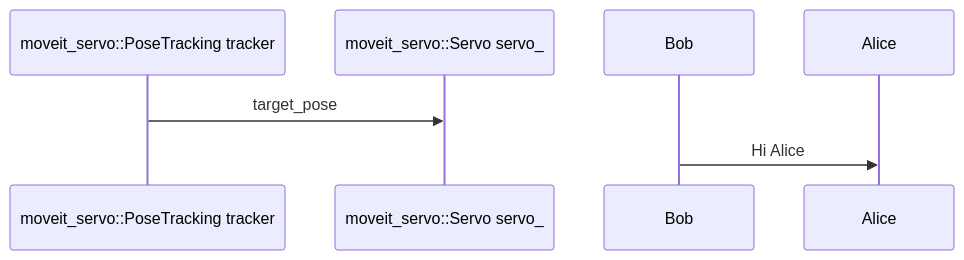
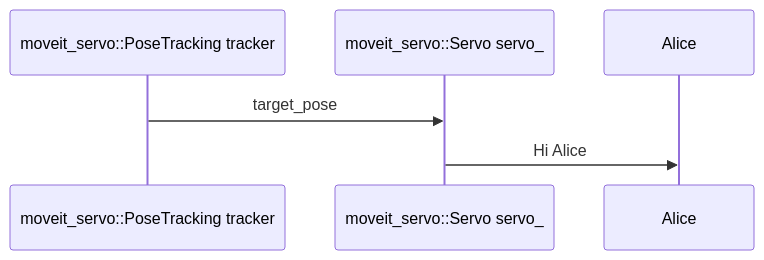
Before and after one commit to kemjensak/isaac_sim_tutorial: the first of 2 diagrams in docs/day3-4.md, drawn with Mermaid. The commit also changed other lines of this file, not shown here.

````diff
--- a/docs/day3-4.md
+++ b/docs/day3-4.md
@@ -121,8 +121,8 @@
 ```mermaid 
 sequenceDiagram 
 	 participant A as moveit_servo::PoseTracking tracker
 	 participant B as moveit_servo::Servo servo_ 
 	 participant B as moveit_servo::Servo servo_  
 	 A->>B: target_pose 
-	 Bob->>Alice: Hi Alice
+	 B->>Alice: Hi Alice
 ```
````
